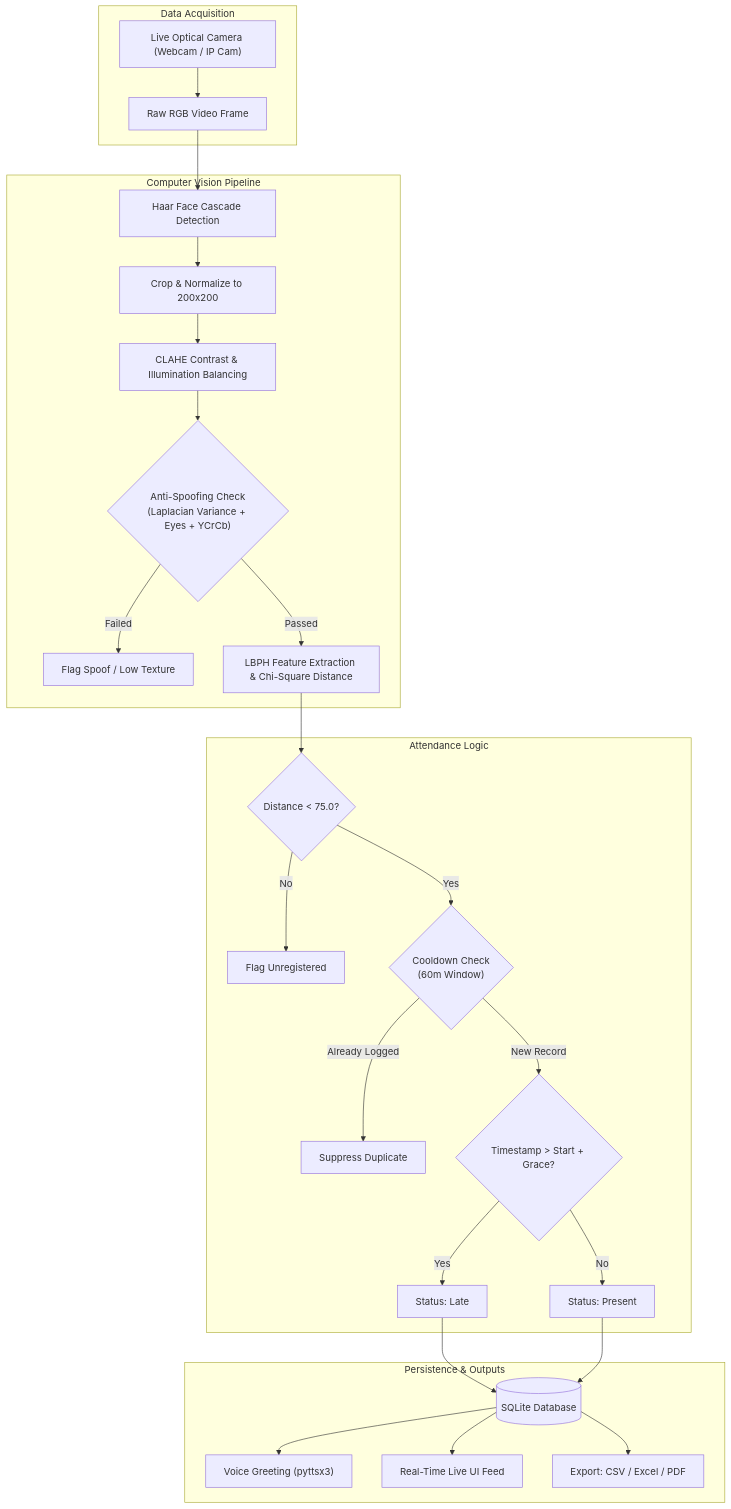
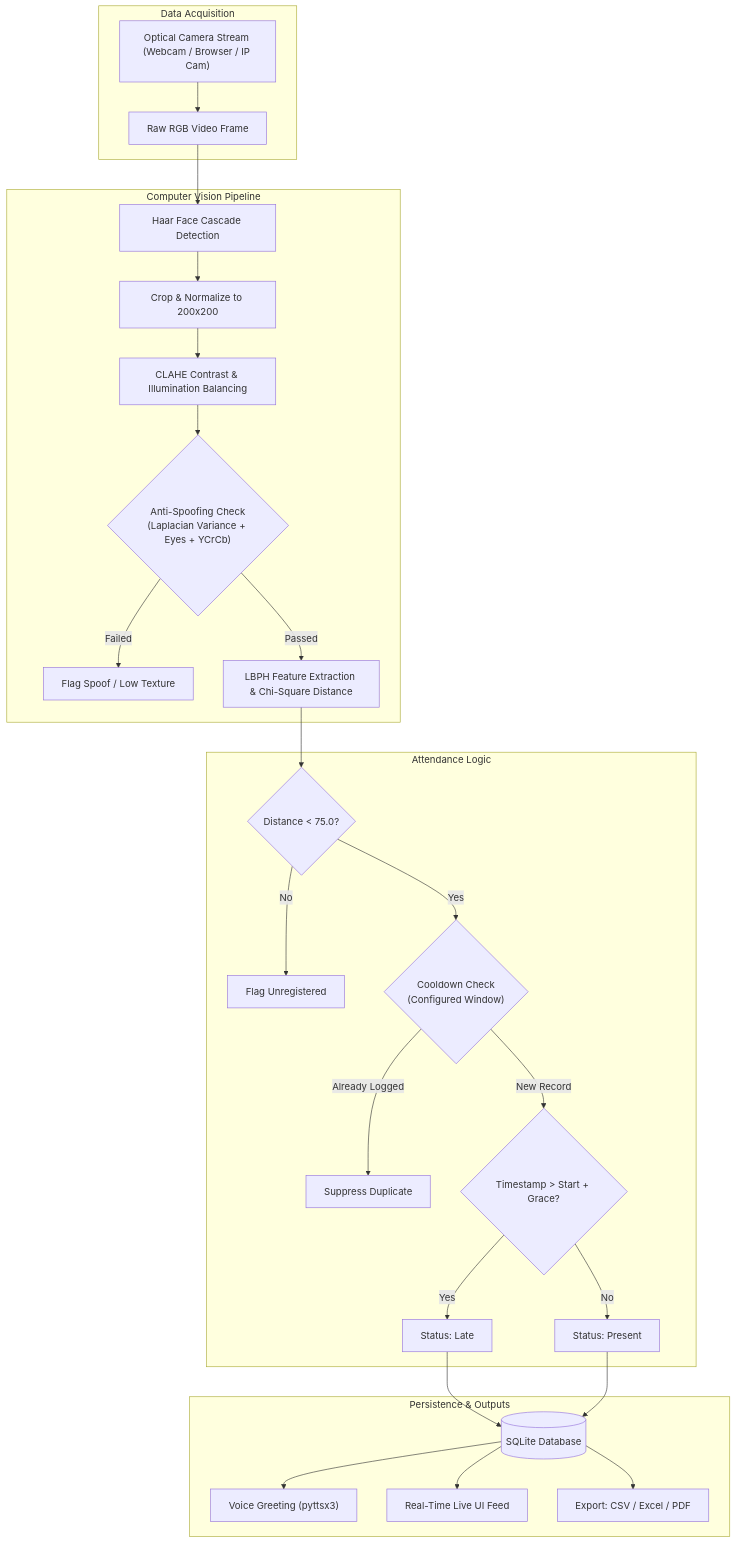
One commit to Darshan007-code/Vision-Attend changed the diagram in README.md. Above: the diagram before and after it, drawn with Mermaid. The commit also changed other lines of this file and 3 other files, not shown here.

````diff
--- a/README.md
+++ b/README.md
@@ -35,36 +58,36 @@
 ```mermaid
 flowchart TD
     subgraph Data Acquisition
-        CAM["Live Optical Camera (Webcam / IP Cam)"] --> FRAME["Raw RGB Video Frame"]
+        CAM["Optical Camera Stream (Webcam / Browser / IP Cam)"] --> FRAME["Raw RGB Video Frame"]
     end
 
     subgraph Computer Vision Pipeline
         FRAME --> DETECT["Haar Face Cascade Detection"]
         DETECT --> CROP["Crop & Normalize to 200x200"]
         CROP --> CLAHE["CLAHE Contrast & Illumination Balancing"]
         CLAHE --> LIVE{"Anti-Spoofing Check<br/>(Laplacian Variance + Eyes + YCrCb)"}
         
         LIVE -- Failed --> REJECT["Flag Spoof / Low Texture"]
         LIVE -- Passed --> RECOG["LBPH Feature Extraction & Chi-Square Distance"]
     end
 
     subgraph Attendance Logic
         RECOG --> MATCH{"Distance < 75.0?"}
         MATCH -- No --> UNK["Flag Unregistered"]
-        MATCH -- Yes --> CD{"Cooldown Check<br/>(60m Window)"}
+        MATCH -- Yes --> CD{"Cooldown Check<br/>(Configured Window)"}
         
         CD -- Already Logged --> SKIP["Suppress Duplicate"]
         CD -- New Record --> STATUS{"Timestamp > Start + Grace?"}
         
         STATUS -- Yes --> LATE["Status: Late"]
         STATUS -- No --> PRES["Status: Present"]
     end
 
     subgraph Persistence & Outputs
         LATE --> DB[("SQLite Database")]
         PRES --> DB
         DB --> TTS["Voice Greeting (pyttsx3)"]
         DB --> LIVE_HUD["Real-Time Live UI Feed"]
         DB --> EXPORT["Export: CSV / Excel / PDF"]
     end
 ```
````
